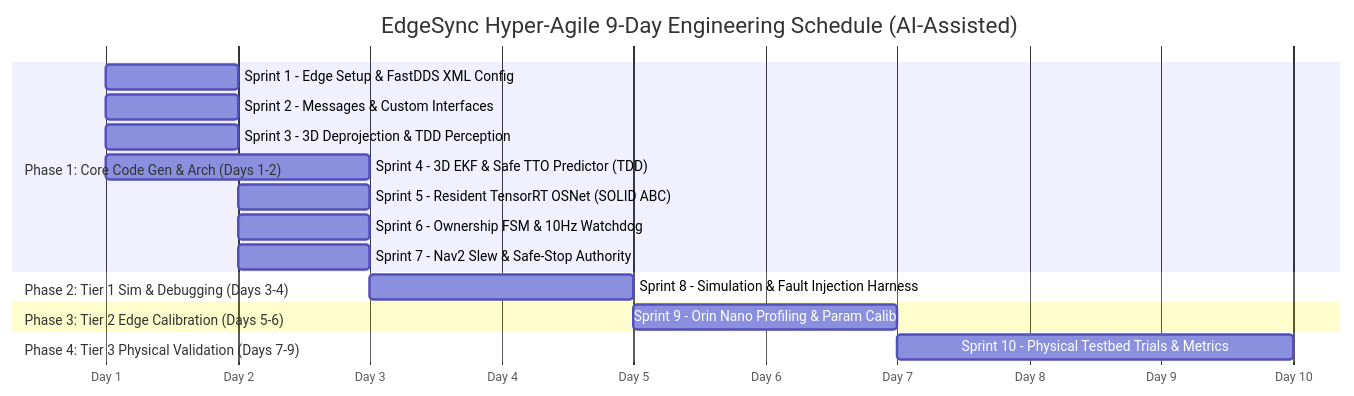
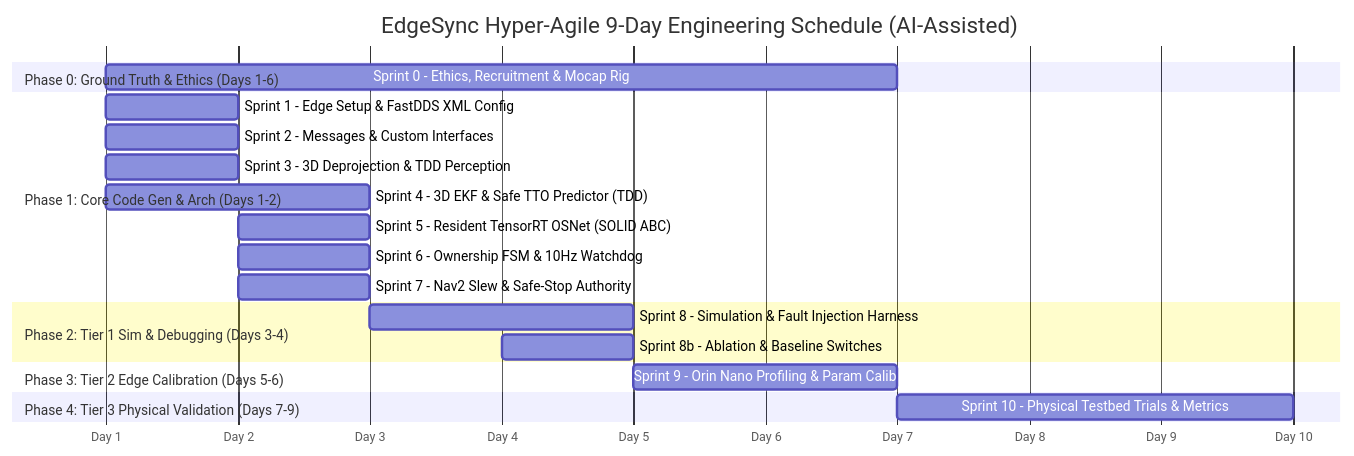
One commit to Ahmed-Tariq-197/Edge-Sync-Temporary- changed the diagram in EdgeSync_Implementation_Plan_v1.0_2.md. Above: the diagram before and after it, drawn with Mermaid. The commit also changed other lines of this file and 19 other files, not shown here.

First line of the commit message:
chore(arch): synchronize EdgeSync baseline across Waves 1-3 with v2.3 architecture

````diff
--- a/EdgeSync_Implementation_Plan_v1.0_2.md
+++ b/EdgeSync_Implementation_Plan_v1.0_2.md
@@ -222,20 +236,23 @@
 ```mermaid
 gantt
     title EdgeSync Hyper-Agile 9-Day Engineering Schedule (AI-Assisted)
     dateFormat  YYYY-MM-DD
     axisFormat  Day %e
+    section Phase 0: Ground Truth & Ethics (Days 1-6)
+    Sprint 0 - Ethics, Recruitment & Mocap Rig      :s0, 2026-01-01, 6d
     section Phase 1: Core Code Gen & Arch (Days 1-2)
     Sprint 1 - Edge Setup & FastDDS XML Config      :s1, 2026-01-01, 1d
     Sprint 2 - Messages & Custom Interfaces         :s2, 2026-01-01, 1d
     Sprint 3 - 3D Deprojection & TDD Perception     :s3, 2026-01-01, 1d
     Sprint 4 - 3D EKF & Safe TTO Predictor (TDD)   :s4, 2026-01-01, 2d
     Sprint 5 - Resident TensorRT OSNet (SOLID ABC)  :s5, 2026-01-02, 1d
     Sprint 6 - Ownership FSM & 10Hz Watchdog        :s6, 2026-01-02, 1d
     Sprint 7 - Nav2 Slew & Safe-Stop Authority      :s7, 2026-01-02, 1d
     section Phase 2: Tier 1 Sim & Debugging (Days 3-4)
     Sprint 8 - Simulation & Fault Injection Harness :s8, 2026-01-03, 2d
+    Sprint 8b - Ablation & Baseline Switches        :s8b, 2026-01-04, 1d
     section Phase 3: Tier 2 Edge Calibration (Days 5-6)
     Sprint 9 - Orin Nano Profiling & Param Calib   :s9, 2026-01-05, 2d
     section Phase 4: Tier 3 Physical Validation (Days 7-9)
     Sprint 10 - Physical Testbed Trials & Metrics   :s10, 2026-01-07, 3d
 ```
````
